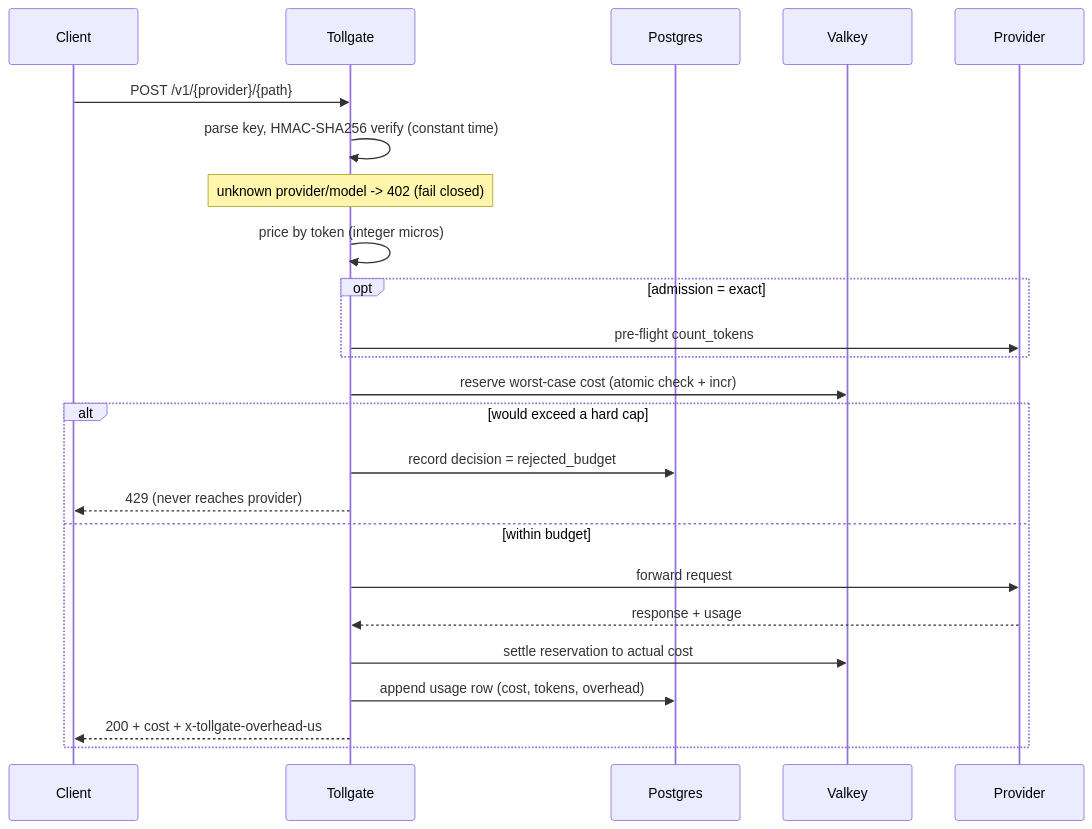
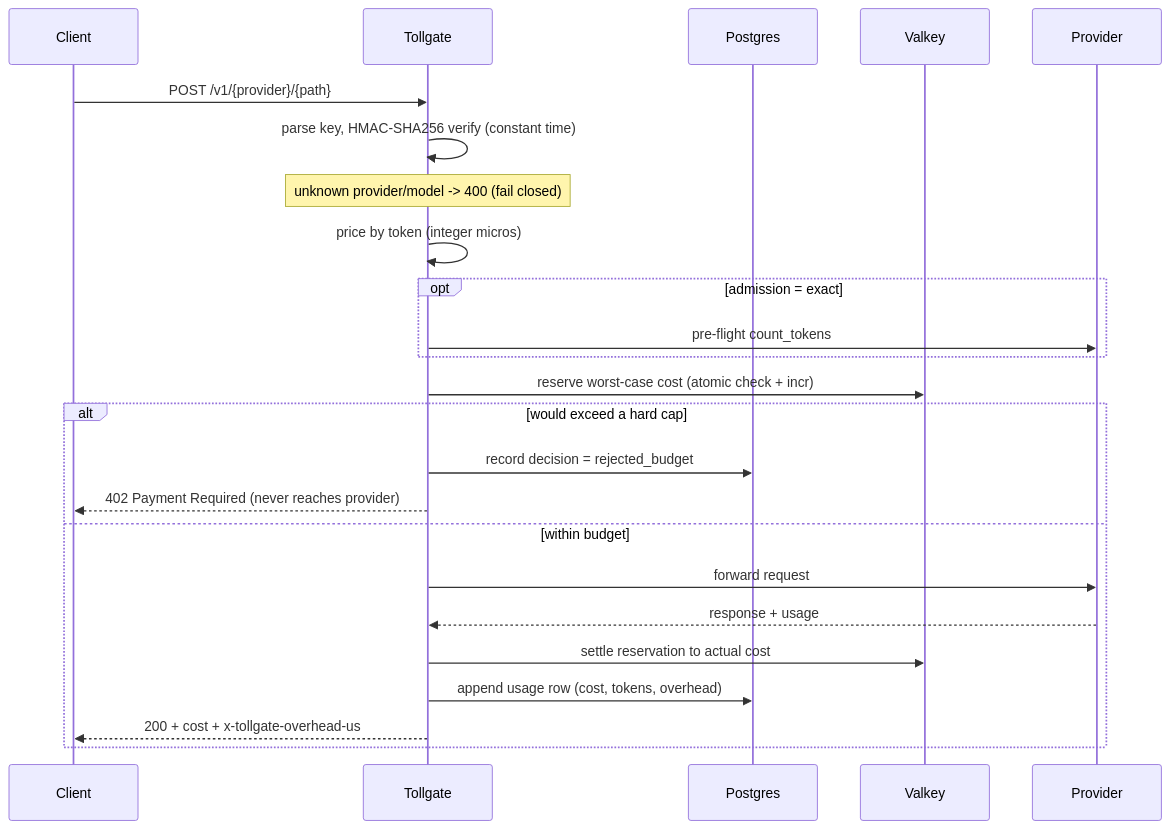
Before and after one commit to sakura-sky/tollgate: the second of 3 diagrams in docs/ARCHITECTURE.md, drawn with Mermaid. The commit also changed other lines of this file and 8 other files, not shown here.

````diff
--- a/docs/ARCHITECTURE.md
+++ b/docs/ARCHITECTURE.md
@@ -48,26 +48,26 @@
 ```mermaid
 sequenceDiagram
   participant C as Client
   participant T as Tollgate
   participant DB as Postgres
   participant V as Valkey
   participant P as Provider
   C->>T: POST /v1/{provider}/{path}
   T->>T: parse key, HMAC-SHA256 verify (constant time)
-  Note over T: unknown provider/model -> 402 (fail closed)
+  Note over T: unknown provider/model -> 400 (fail closed)
   T->>T: price by token (integer micros)
   opt admission = exact
     T->>P: pre-flight count_tokens
   end
   T->>V: reserve worst-case cost (atomic check + incr)
   alt would exceed a hard cap
     T->>DB: record decision = rejected_budget
-    T-->>C: 429 (never reaches provider)
+    T-->>C: 402 Payment Required (never reaches provider)
   else within budget
     T->>P: forward request
     P-->>T: response + usage
     T->>V: settle reservation to actual cost
     T->>DB: append usage row (cost, tokens, overhead)
     T-->>C: 200 + cost + x-tollgate-overhead-us
   end
 ```
````
